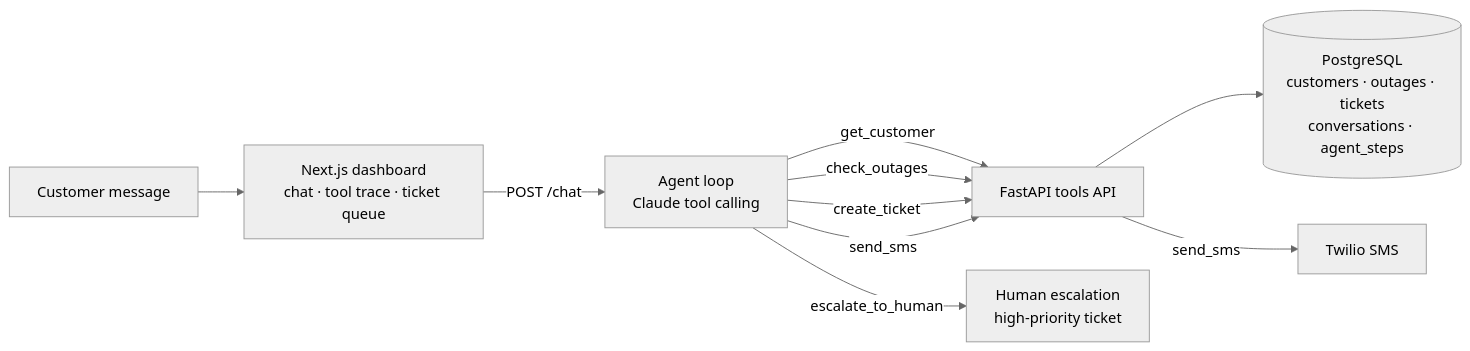
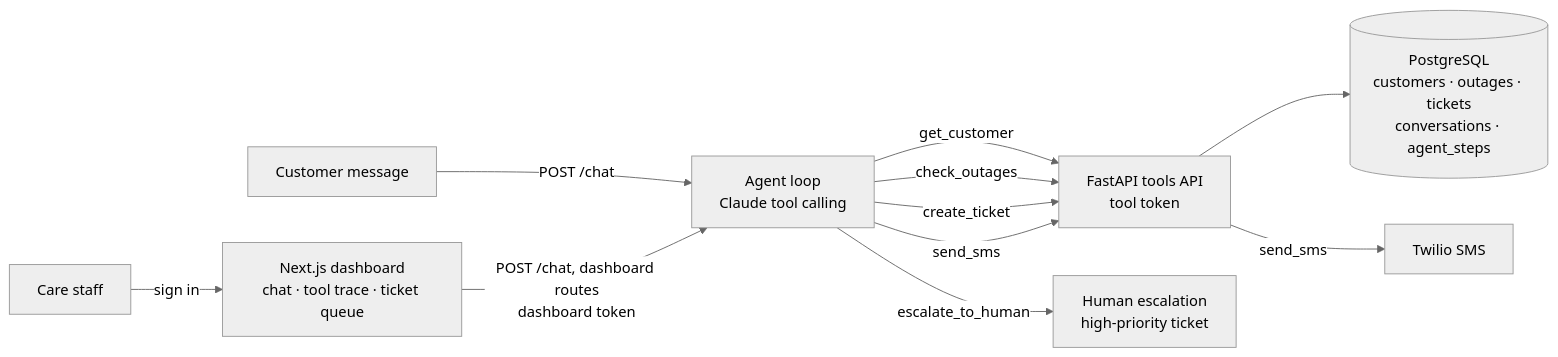
Before and after one commit to chelsaddy/outage_assistant: the diagram in README.md, drawn with Mermaid (neutral theme). The commit also changed other lines of this file and 15 other files, not shown here.

````diff
--- a/README.md
+++ b/README.md
@@ -15,12 +15,13 @@
 ```mermaid
 flowchart LR
-    C[Customer message] --> D[Next.js dashboard<br/>chat · tool trace · ticket queue]
-    D -->|POST /chat| A[Agent loop<br/>Claude tool calling]
-    A -->|get_customer| T[FastAPI tools API]
+    C[Customer message] -->|POST /chat| A
+    ST[Care staff] -->|sign in| D[Next.js dashboard<br/>chat · tool trace · ticket queue]
+    D -->|POST /chat, dashboard routes<br/>dashboard token| A[Agent loop<br/>Claude tool calling]
+    A -->|get_customer| T[FastAPI tools API<br/>tool token]
     A -->|check_outages| T
     A -->|create_ticket| T
     A -->|send_sms| T
     A -->|escalate_to_human| H[Human escalation<br/>high-priority ticket]
     T --> P[(PostgreSQL<br/>customers · outages · tickets<br/>conversations · agent_steps)]
     T -->|send_sms| S[Twilio SMS]
 ```
````
